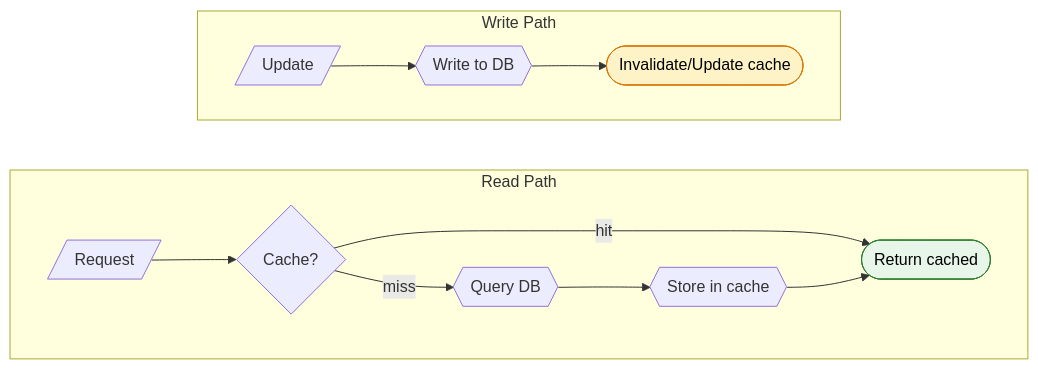
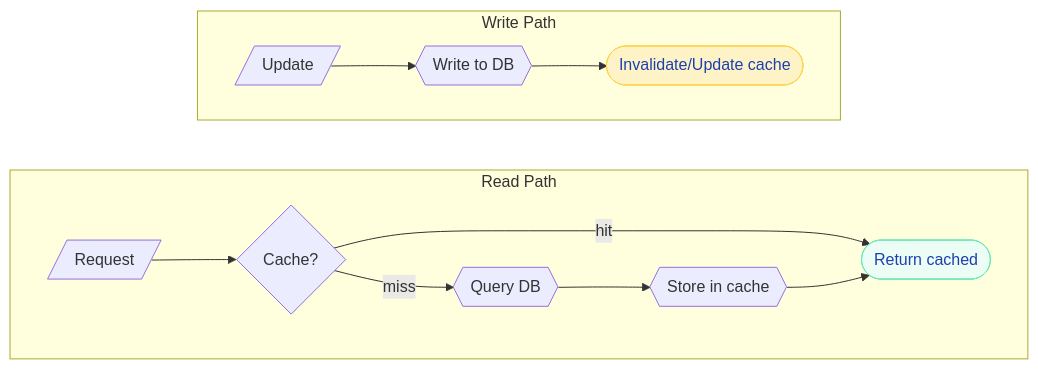
Before and after one commit to saivamsikaruturi/vamsilabs-dev-notes-main: the second of 2 diagrams in docs/springboot/caching.md, drawn with Mermaid. The commit also changed other lines of this file and 220 other files, not shown here.

First line of the commit message:
Add 50+ new Java/Spring Boot pages, rewrite CSS code blocks to Oracle style, fix all diagram colors

````diff
--- a/docs/springboot/caching.md
+++ b/docs/springboot/caching.md
@@ -389,18 +389,18 @@
 ```mermaid
 flowchart LR
     subgraph Read["Read Path"]
         direction LR
         R1[/"Request"/] --> RC{"Cache?"}
         RC -->|hit| RR(["Return cached"])
         RC -->|miss| RD{{"Query DB"}} --> RS{{"Store in cache"}} --> RR
     end
     
     subgraph Write["Write Path"]
         direction LR
         W1[/"Update"/] --> WD{{"Write to DB"}}
         WD --> WC(["Invalidate/Update cache"])
     end
 
-    style RR fill:#E8F5E9,stroke:#2E7D32,color:#000
-    style WC fill:#FEF3C7,stroke:#D97706,color:#000
+    style RR fill:#ECFDF5,stroke:#6EE7B7,color:#1E40AF
+    style WC fill:#FEF3C7,stroke:#FCD34D,color:#1E40AF
 ```
````
